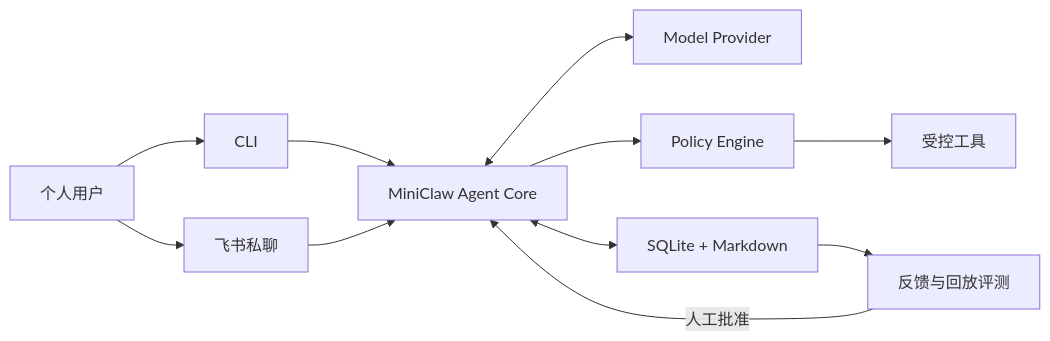
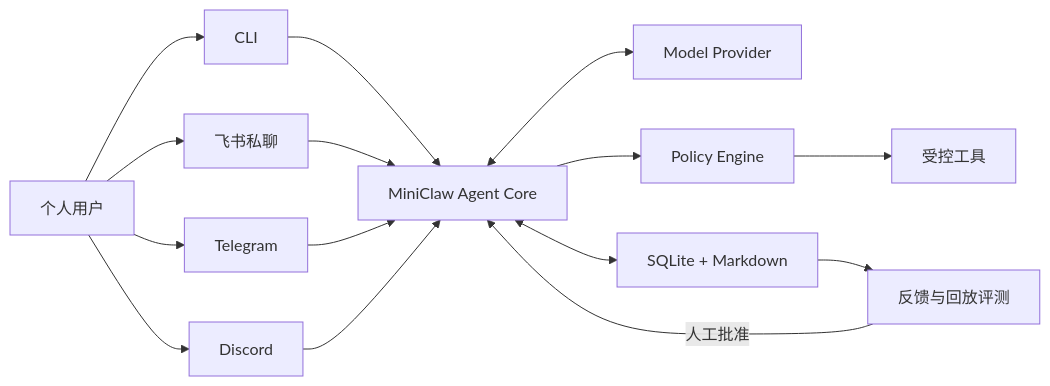
Before and after one commit to NEDONION/lobster0: the diagram in README.md, drawn with Mermaid. The commit also changed other lines of this file and 16 other files, not shown here.

````diff
--- a/README.md
+++ b/README.md
@@ -57,13 +59,17 @@
 ```mermaid
 flowchart LR
     USER["个人用户"] --> CLI["CLI"]
     USER --> FEISHU["飞书私聊"]
+    USER --> TELEGRAM["Telegram"]
+    USER --> DISCORD["Discord"]
     CLI --> CORE["MiniClaw Agent Core"]
     FEISHU --> CORE
+    TELEGRAM --> CORE
+    DISCORD --> CORE
     CORE <--> MODEL["Model Provider"]
     CORE --> POLICY["Policy Engine"]
     POLICY --> TOOLS["受控工具"]
     CORE <--> DATA["SQLite + Markdown"]
     DATA --> EVOLVE["反馈与回放评测"]
     EVOLVE -->|"人工批准"| CORE
 ```
````
